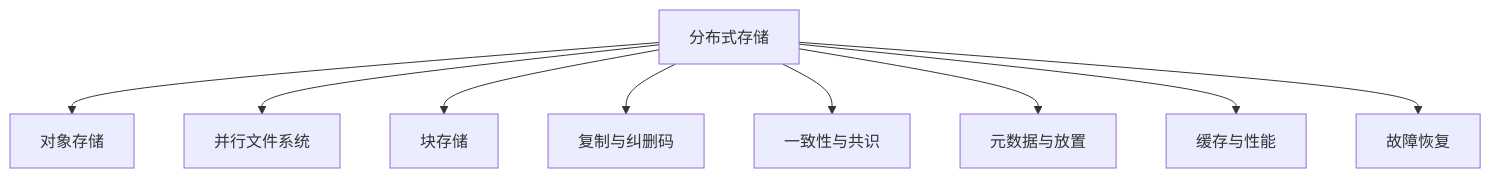
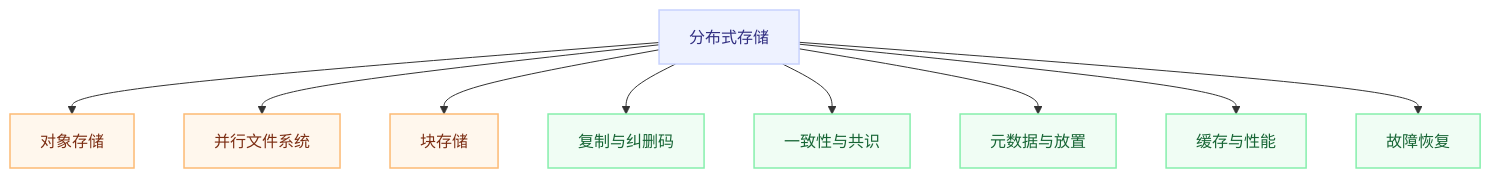
One commit to stevexiaofei/second-brain changed the diagram in docs/knowledge/distributed-systems/distributed-storage/index.md. Above: the diagram before and after it, drawn with Mermaid. The commit also changed other lines of this file and 24 other files, not shown here.

````diff
--- a/docs/knowledge/distributed-systems/distributed-storage/index.md
+++ b/docs/knowledge/distributed-systems/distributed-storage/index.md
@@ -165,11 +165,21 @@
 ```mermaid
 flowchart TB
     A[分布式存储] --> B[对象存储]
     A --> C[并行文件系统]
     A --> D[块存储]
     A --> E[复制与纠删码]
     A --> F[一致性与共识]
     A --> G[元数据与放置]
     A --> H[缓存与性能]
     A --> I[故障恢复]
+
+    classDef step     fill:#eef2ff,stroke:#c7d2fe,color:#312e81,stroke-width:1.5px
+    classDef action   fill:#fff7ed,stroke:#fdba74,color:#7c2d12,stroke-width:1.5px
+    classDef decide   fill:#fef3c7,stroke:#fcd34d,color:#78350f,stroke-width:1.5px
+    classDef branchNo fill:#f0fdf4,stroke:#86efac,color:#166534,stroke-width:1.5px
+    classDef branchYes fill:#eef2ff,stroke:#c7d2fe,color:#3730a3,stroke-width:1.5px
+
+    class A step
+    class B,C,D action
+    class E,F,G,H,I branchNo
 ```
````
